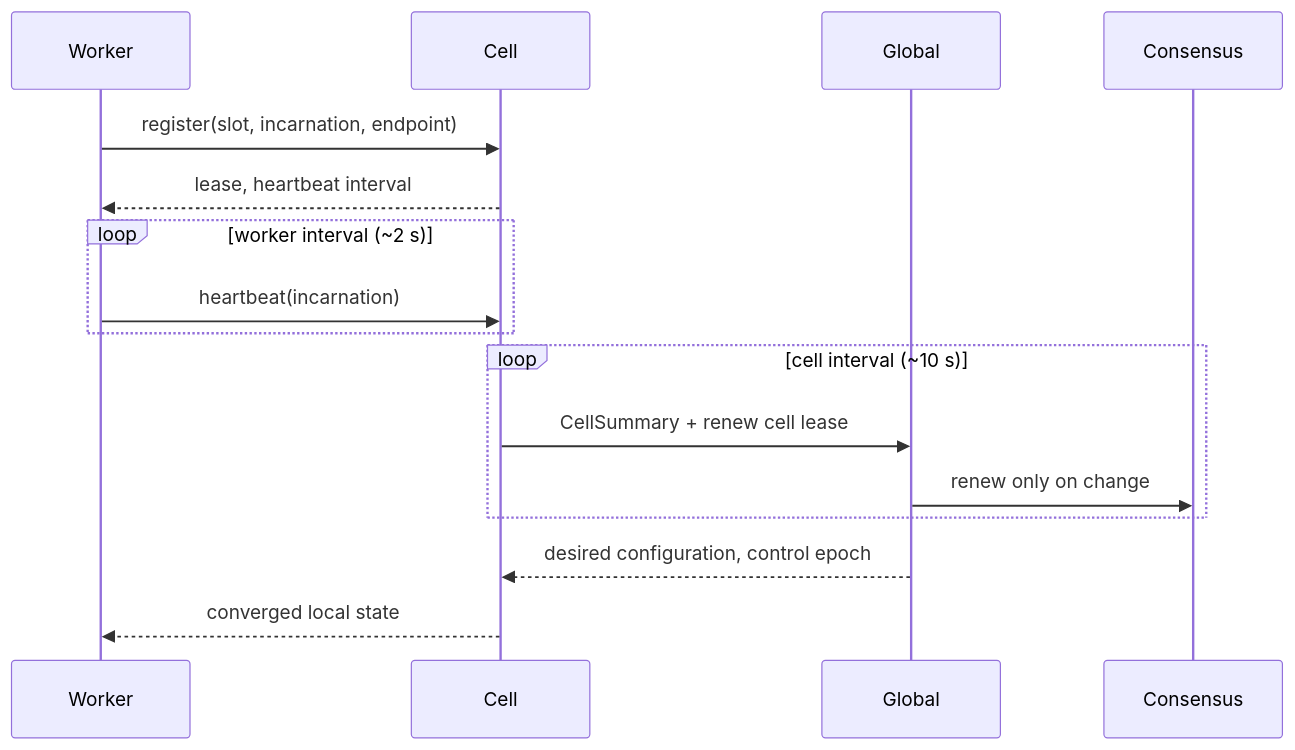
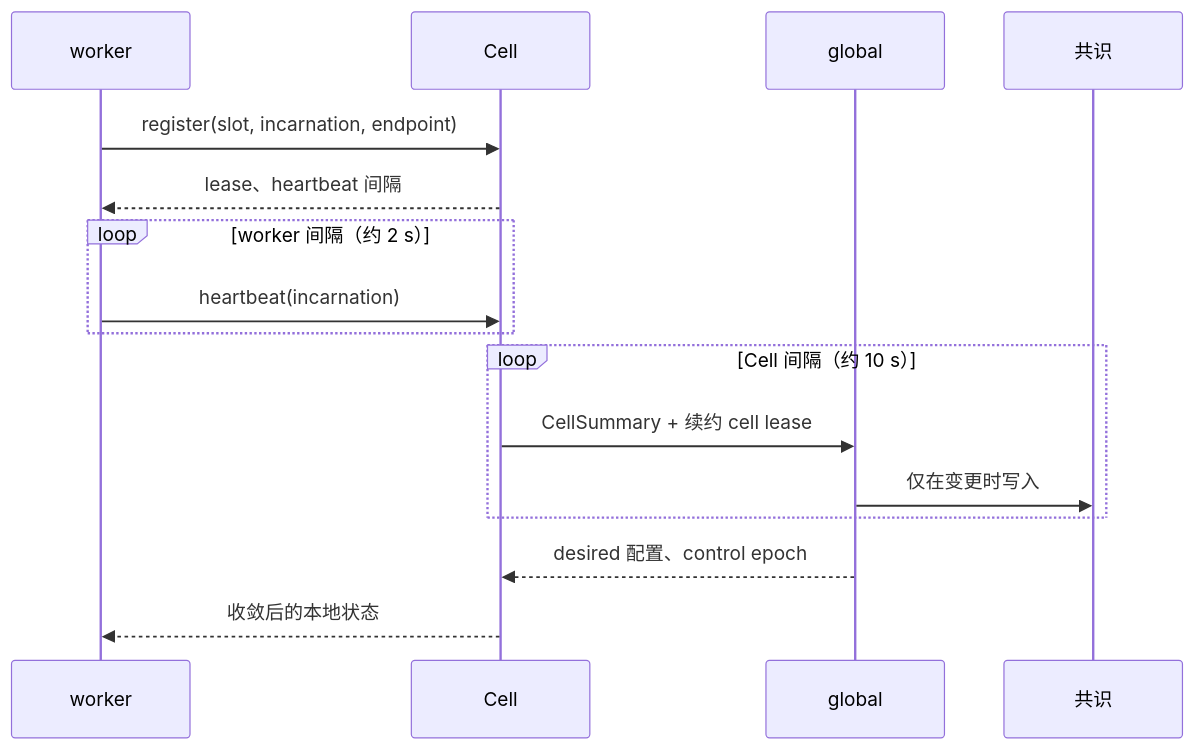
Before and after one commit to HSPK/tinyray: the second of 2 diagrams in docs/02-architecture/02-topology.md, drawn with Mermaid. The commit also changed other lines of this file and 33 other files, not shown here.

````diff
--- a/docs/02-architecture/02-topology.md
+++ b/docs/02-architecture/02-topology.md
@@ -122,19 +111,19 @@
 ```mermaid
 sequenceDiagram
-    participant W as Worker
+    participant W as worker
     participant C as Cell
-    participant G as Global
-    participant KV as Consensus
+    participant G as global
+    participant KV as 共识
 
     W->>C: register(slot, incarnation, endpoint)
-    C-->>W: lease, heartbeat interval
-    loop worker interval (~2 s)
+    C-->>W: lease、heartbeat 间隔
+    loop worker 间隔（约 2 s）
         W->>C: heartbeat(incarnation)
     end
-    loop cell interval (~10 s)
-        C->>G: CellSummary + renew cell lease
-        G->>KV: renew only on change
+    loop Cell 间隔（约 10 s）
+        C->>G: CellSummary + 续约 cell lease
+        G->>KV: 仅在变更时写入
     end
-    G-->>C: desired configuration, control epoch
-    C-->>W: converged local state
+    G-->>C: desired 配置、control epoch
+    C-->>W: 收敛后的本地状态
 ```
````
